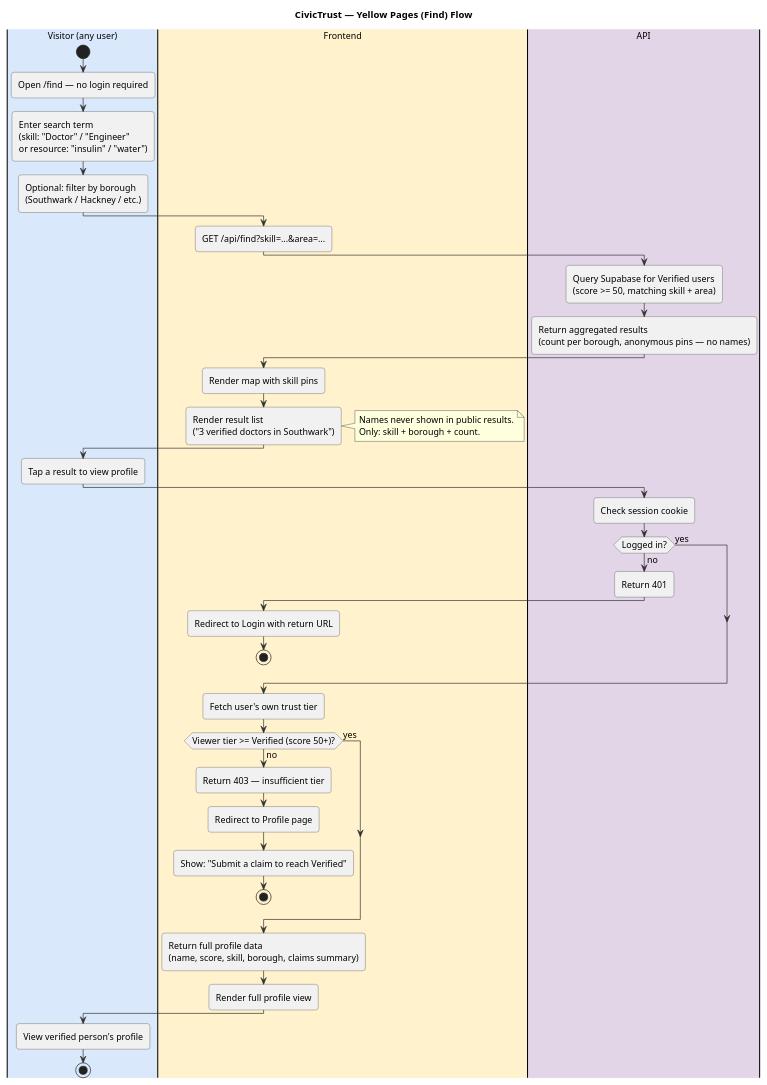
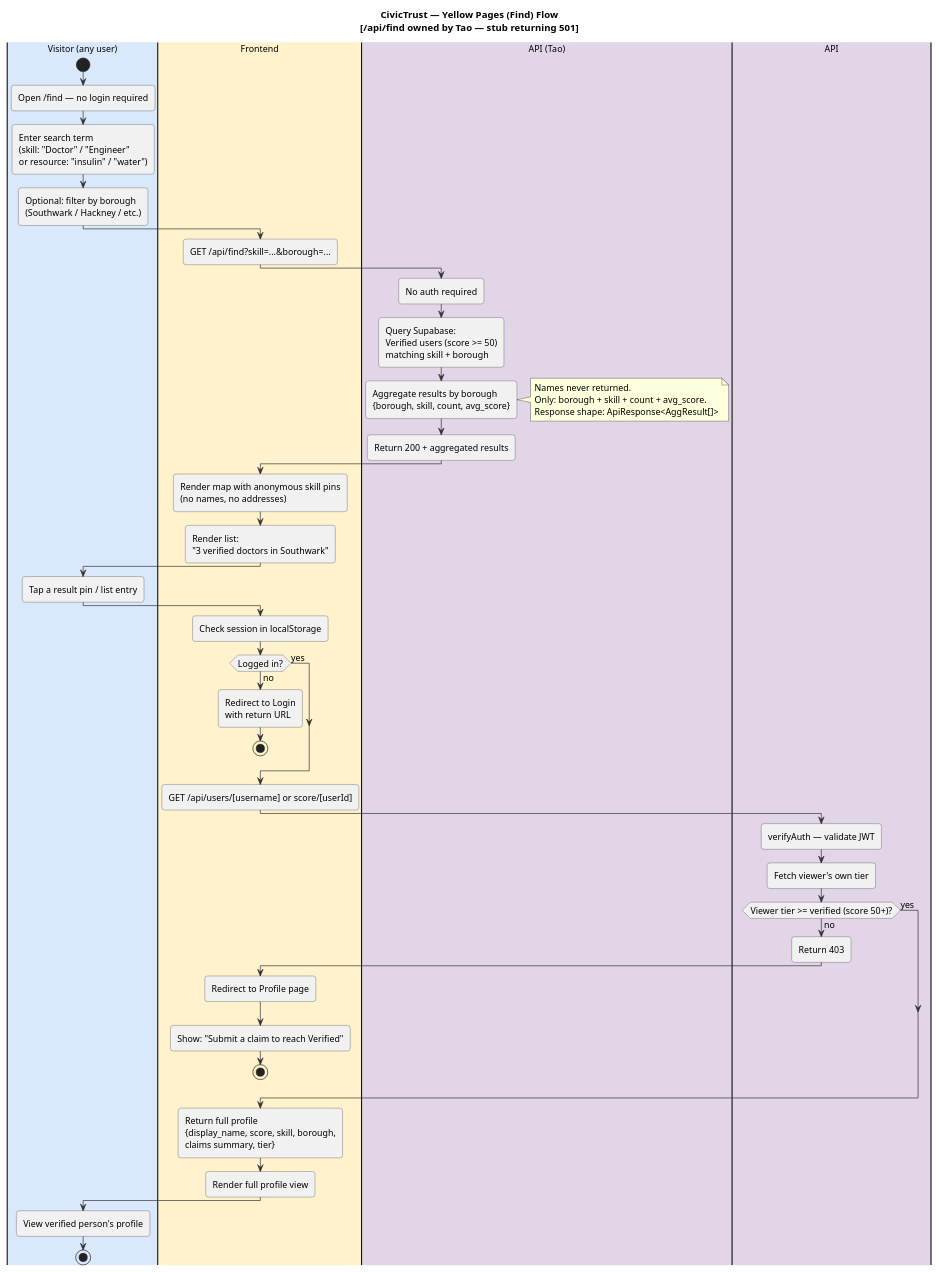
One commit to RayyanAbzal/google-hackathon-2026 changed the diagram in docs/find.puml. Above: the diagram before and after it, drawn with PlantUML. The commit also changed 8 other files, not shown here.

```diff
--- a/docs/find.puml
+++ b/docs/find.puml
@@ -1,64 +1,70 @@
 @startuml
 skinparam backgroundColor #ffffff
 skinparam defaultFontSize 13
 skinparam roundcorner 8
 skinparam activityBorderColor #444444
 skinparam activityArrowColor #333333
 
-title CivicTrust — Yellow Pages (Find) Flow
+title CivicTrust — Yellow Pages (Find) Flow\n[/api/find owned by Tao — stub returning 501]
 
 |#dae8fc|Visitor (any user)|
 start
 :Open /find — no login required;
 :Enter search term\n(skill: "Doctor" / "Engineer"\nor resource: "insulin" / "water");
 :Optional: filter by borough\n(Southwark / Hackney / etc.);
 
 |#fff2cc|Frontend|
-:GET /api/find?skill=...&area=...;
+:GET /api/find?skill=...&borough=...;
 
-|#e1d5e7|API|
-:Query Supabase for Verified users\n(score >= 50, matching skill + area);
-:Return aggregated results\n(count per borough, anonymous pins — no names);
+|#e1d5e7|API (Tao)|
+:No auth required;
+:Query Supabase:\nVerified users (score >= 50)\nmatching skill + borough;
+:Aggregate results by borough\n{borough, skill, count, avg_score};
+
+note right
+  Names never returned.
+  Only: borough + skill + count + avg_score.
+  Response shape: ApiResponse<AggResult[]>
+end note
+
+:Return 200 + aggregated results;
 
 |#fff2cc|Frontend|
-:Render map with skill pins;
-:Render result list\n("3 verified doctors in Southwark");
-
-note right
-  Names never shown in public results.
-  Only: skill + borough + count.
-end note
+:Render map with anonymous skill pins\n(no names, no addresses);
+:Render list:\n"3 verified doctors in Southwark";
 
 |#dae8fc|Visitor (any user)|
-:Tap a result to view profile;
+:Tap a result pin / list entry;
 
-|#e1d5e7|API|
-:Check session cookie;
+|#fff2cc|Frontend|
+:Check session in localStorage;
 if (Logged in?) then (no)
-  :Return 401;
-  |#fff2cc|Frontend|
-  :Redirect to Login with return URL;
+  :Redirect to Login\nwith return URL;
   stop
 else (yes)
 endif
 
-:Fetch user's own trust tier;
-if (Viewer tier >= Verified (score 50+)?) then (no)
-  :Return 403 — insufficient tier;
+:GET /api/users/[username] or score/[userId];
+
+|#e1d5e7|API|
+:verifyAuth — validate JWT;
+:Fetch viewer's own tier;
+if (Viewer tier >= verified (score 50+)?) then (no)
+  :Return 403;
   |#fff2cc|Frontend|
   :Redirect to Profile page;
   :Show: "Submit a claim to reach Verified";
   stop
 else (yes)
 endif
 
-:Return full profile data\n(name, score, skill, borough, claims summary);
+:Return full profile\n{display_name, score, skill, borough,\nclaims summary, tier};
 
 |#fff2cc|Frontend|
 :Render full profile view;
 
 |#dae8fc|Visitor (any user)|
 :View verified person's profile;
 
 stop
 @enduml
```
